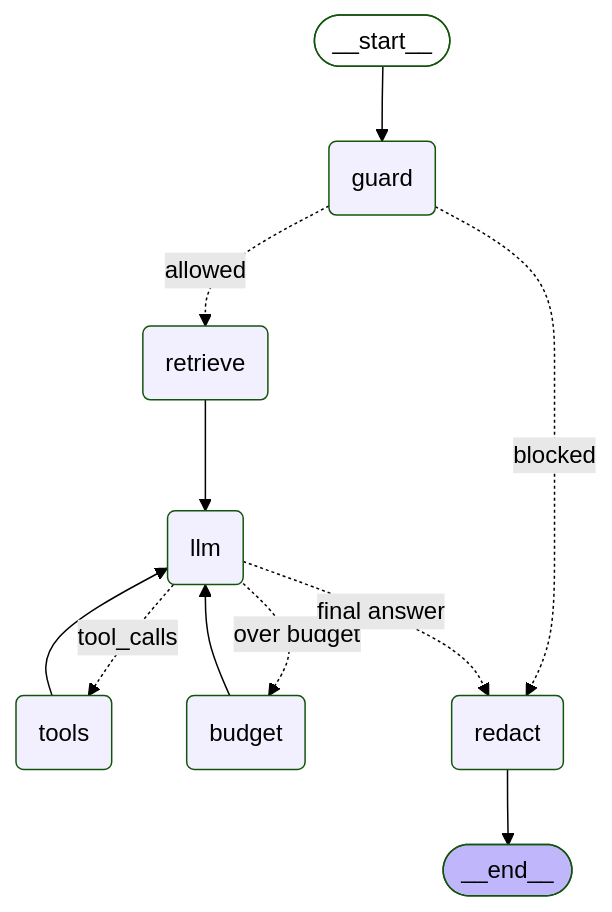
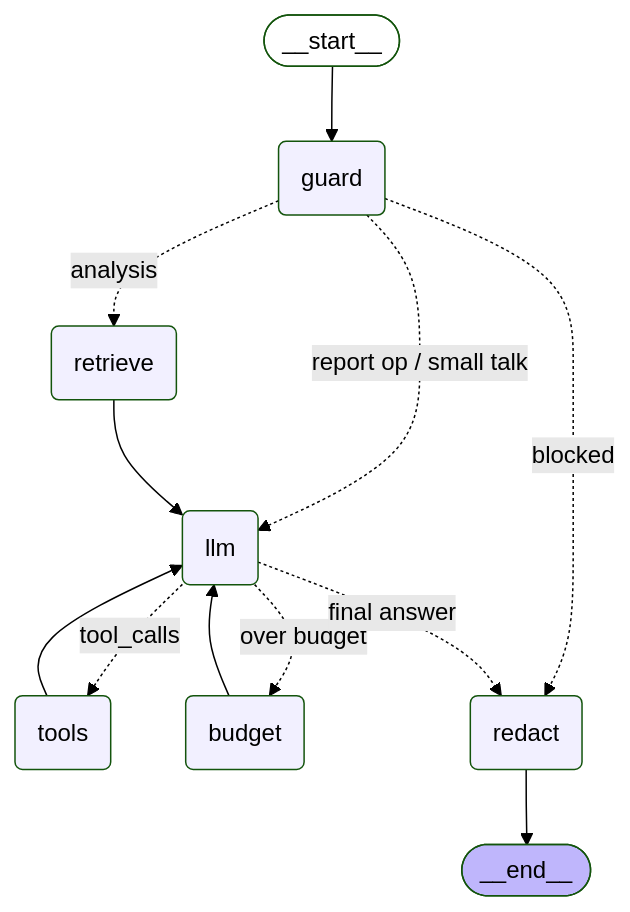
The second of 4 diagrams in docs/architecture.md (vlewv11/opsfleet), drawn with Mermaid (forest theme) before and after one commit. The commit also changed other lines of this file and 9 other files, not shown here.

````diff
--- a/docs/architecture.md
+++ b/docs/architecture.md
@@ -73,24 +73,25 @@
 ```mermaid
 graph TD;
     __start__([__start__]):::first
     guard(guard)
     retrieve(retrieve)
     llm(llm)
     tools(tools)
     budget(budget)
     redact(redact)
     __end__([__end__]):::last
     __start__ --> guard;
     guard -. blocked .-> redact;
-    guard -. allowed .-> retrieve;
+    guard -. analysis .-> retrieve;
+    guard -. report op / small talk .-> llm;
     retrieve --> llm;
     llm -. tool_calls .-> tools;
     llm -. over budget .-> budget;
     llm -. final answer .-> redact;
     tools --> llm;
     budget --> llm;
     redact --> __end__;
     classDef default fill:#f2f0ff,line-height:1.2
     classDef first fill-opacity:0
     classDef last fill:#bfb6fc
 ```
````
